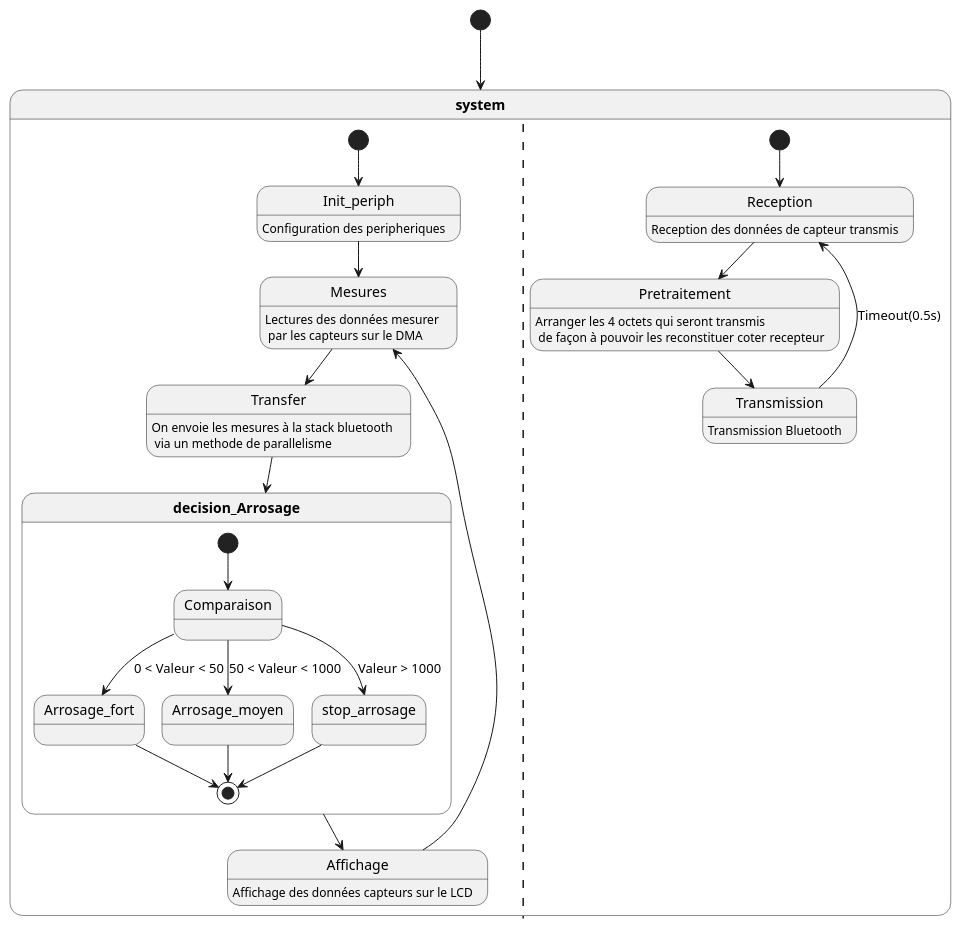
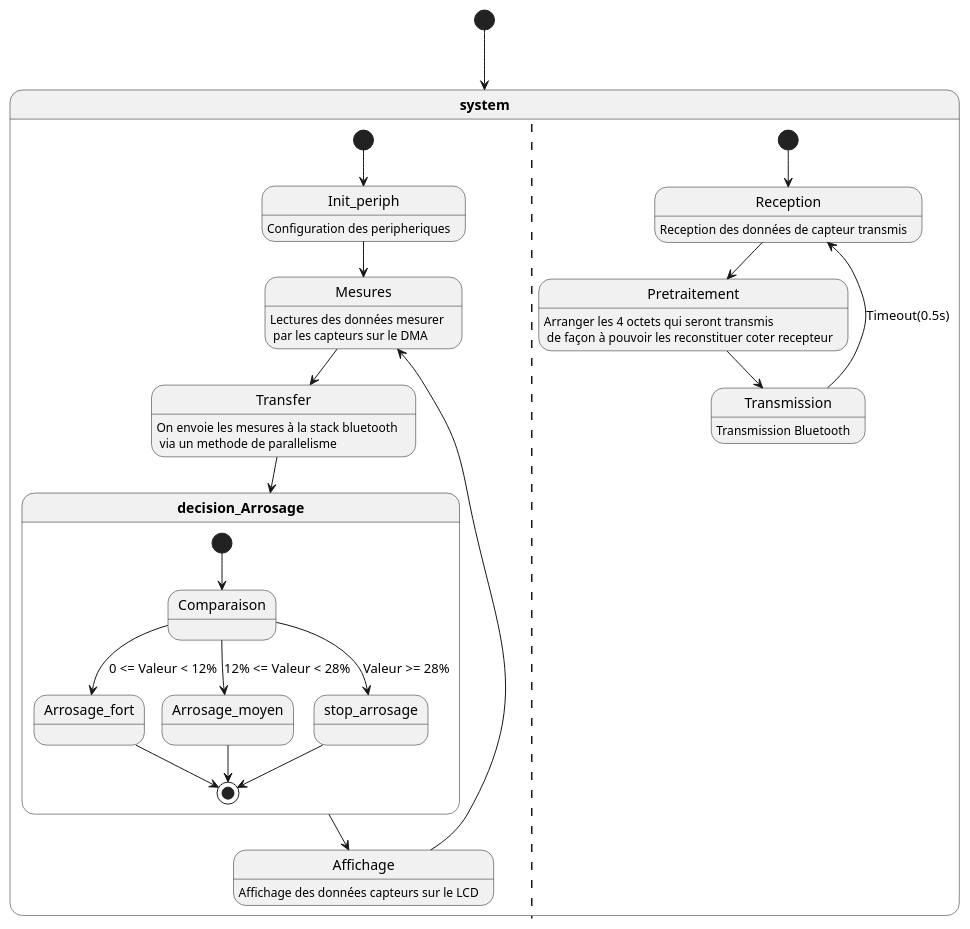
The diagram in Rapport/Machine_etat/system.puml (dibreyjonatan/STM32_2026_G14), drawn with PlantUML before and after one commit. The commit also changed 1 other file, not shown here.

Commit message:
[DOC] : Correction de la décision Calibrage d'arrosage

```diff
--- a/Rapport/Machine_etat/system.puml
+++ b/Rapport/Machine_etat/system.puml
@@ -1,41 +1,41 @@
 @startuml
 
 state "<b>system</b>" as system 
 [*] --> system 
 state system{
  state Init_periph : Configuration des peripheriques 
  state Mesures : Lectures des données mesurer \n par les capteurs sur le DMA
  state Affichage : Affichage des données capteurs sur le LCD 
  state Transfer : On envoie les mesures à la stack bluetooth \n via un methode de parallelisme
   
  [*] --> Init_periph 
  Init_periph --> Mesures  
  Mesures --> Transfer 
  Transfer --> decision_Arrosage 
  state "<b>decision_Arrosage</b>" as decision_Arrosage {
  [*] --> Comparaison 
- Comparaison --> Arrosage_fort : 0 < Valeur < 50
- Comparaison --> Arrosage_moyen : 50 < Valeur < 1000 
- Comparaison --> stop_arrosage : Valeur > 1000 
+ Comparaison --> Arrosage_fort : 0 <= Valeur < 12%
+ Comparaison --> Arrosage_moyen : 12% <= Valeur < 28%
+ Comparaison --> stop_arrosage : Valeur >= 28%
 
  Arrosage_fort --> [*]
  Arrosage_moyen --> [*]
  stop_arrosage --> [*] 
  }
  
  decision_Arrosage --> Affichage 
  Affichage --> Mesures 
 
  ||
  state Reception : Reception des données de capteur transmis 
  state Transmission : Transmission Bluetooth 
  state Pretraitement : Arranger les 4 octets qui seront transmis \n de façon à pouvoir les reconstituer coter recepteur
 
  [*] --> Reception 
  Reception --> Pretraitement
  Pretraitement --> Transmission
  Transmission --> Reception : Timeout(0.5s) 
 
 }
 
 @enduml 
```
